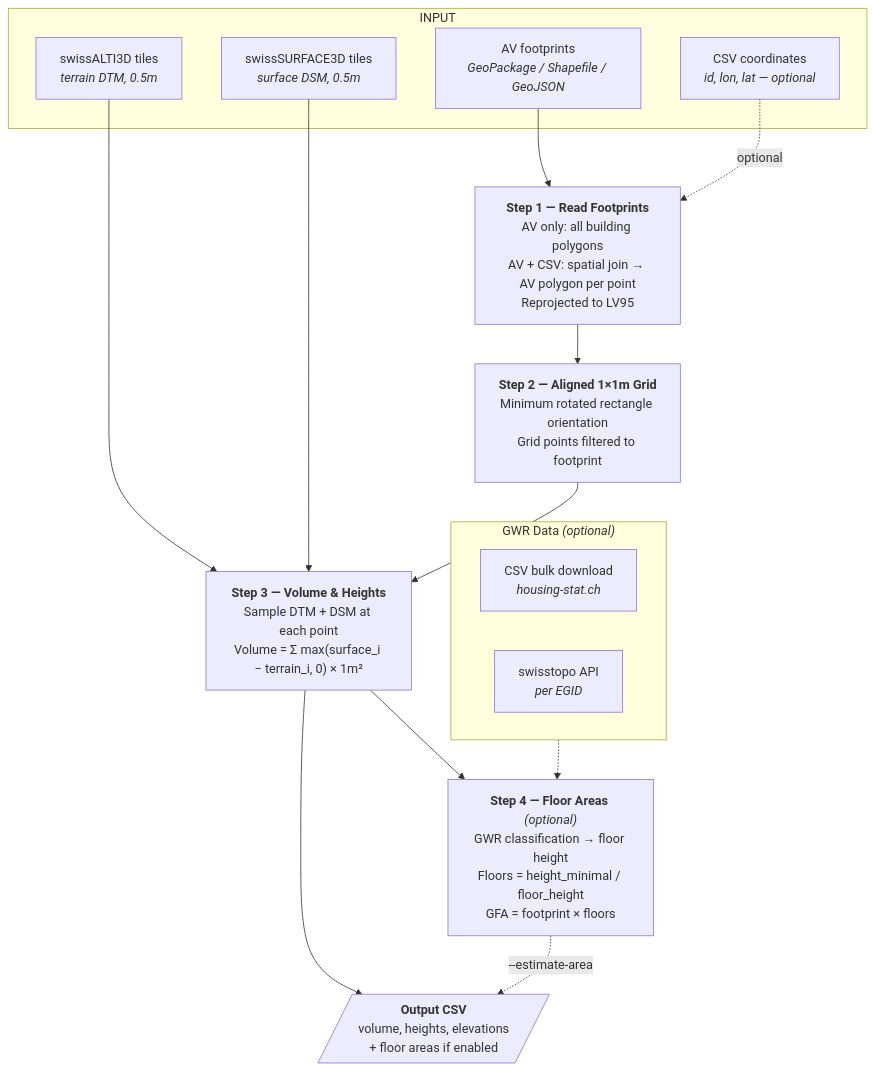
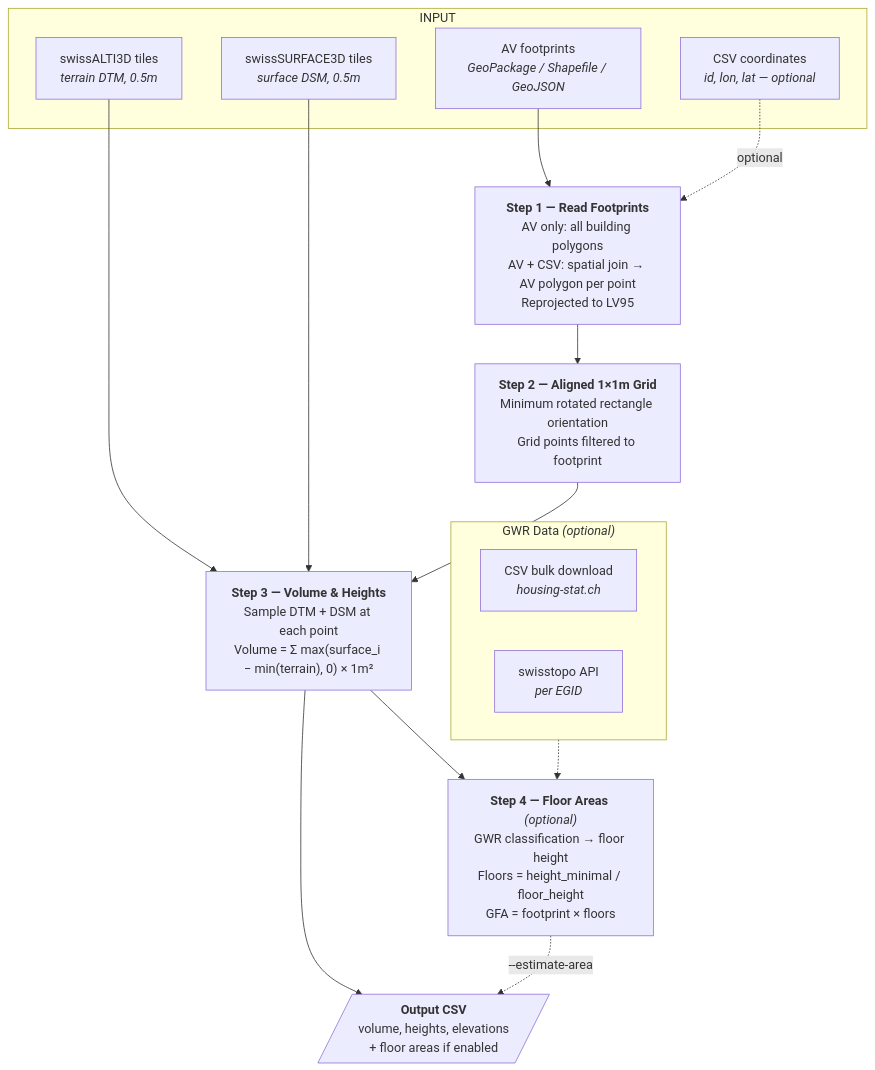
One commit to bbl-dres/area-estimator changed the diagram in README.md. Above: the diagram before and after it, drawn with Mermaid. The commit also changed other lines of this file and 4 other files, not shown here.

````diff
--- a/README.md
+++ b/README.md
@@ -24,33 +24,33 @@
 ```mermaid
 flowchart TD
     subgraph INPUT
         A1A[AV footprints<br><i>GeoPackage / Shapefile / GeoJSON</i>]
         A1B[CSV coordinates<br><i>id, lon, lat — optional</i>]
         A2[swissALTI3D tiles<br><i>terrain DTM, 0.5m</i>]
         A3[swissSURFACE3D tiles<br><i>surface DSM, 0.5m</i>]
     end
 
     A1A --> S1
     A1B -.->|optional| S1
     A2 --> S3
     A3 --> S3
 
     S1["<b>Step 1 — Read Footprints</b><br>AV only: all building polygons<br>AV + CSV: spatial join → AV polygon per point<br>Reprojected to LV95"]
     S2["<b>Step 2 — Aligned 1×1m Grid</b><br>Minimum rotated rectangle orientation<br>Grid points filtered to footprint"]
-    S3["<b>Step 3 — Volume & Heights</b><br>Sample DTM + DSM at each point<br>Volume = Σ max(surface_i − terrain_i, 0) × 1m²"]
+    S3["<b>Step 3 — Volume & Heights</b><br>Sample DTM + DSM at each point<br>Volume = Σ max(surface_i − min(terrain), 0) × 1m²"]
     S4["<b>Step 4 — Floor Areas</b> <i>(optional)</i><br>GWR classification → floor height<br>Floors = height_minimal / floor_height<br>GFA = footprint × floors"]
 
     S1 --> S2 --> S3 --> S4
 
     S3 --> OUT
     S4 -.->|--estimate-area| OUT
 
     OUT[/"<b>Output CSV</b><br>volume, heights, elevations<br>+ floor areas if enabled"/]
 
     subgraph GWR["GWR Data <i>(optional)</i>"]
         G1[CSV bulk download<br><i>housing-stat.ch</i>]
         G2[swisstopo API<br><i>per EGID</i>]
     end
 
     GWR -.-> S4
 ```
````
